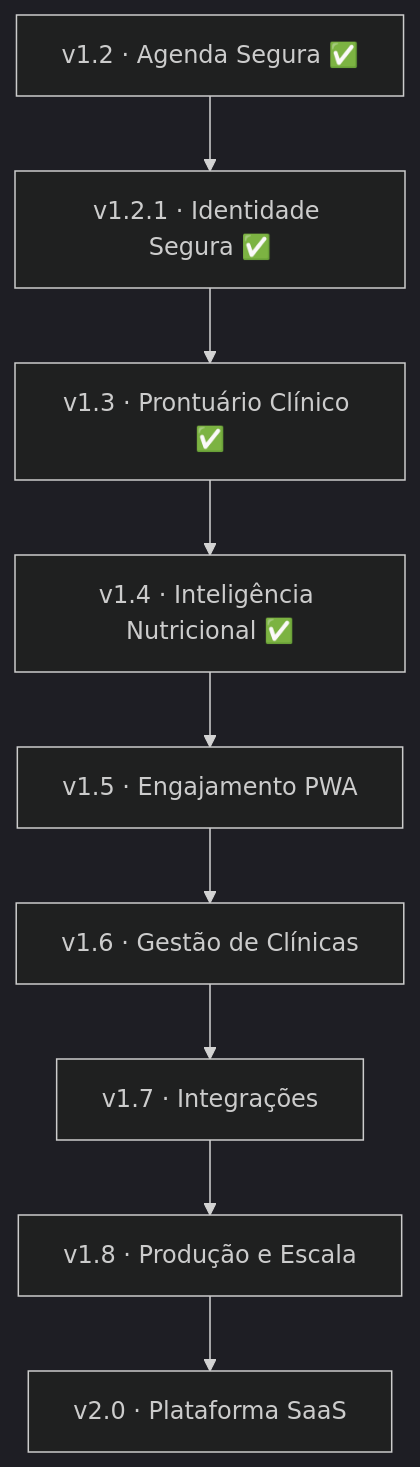
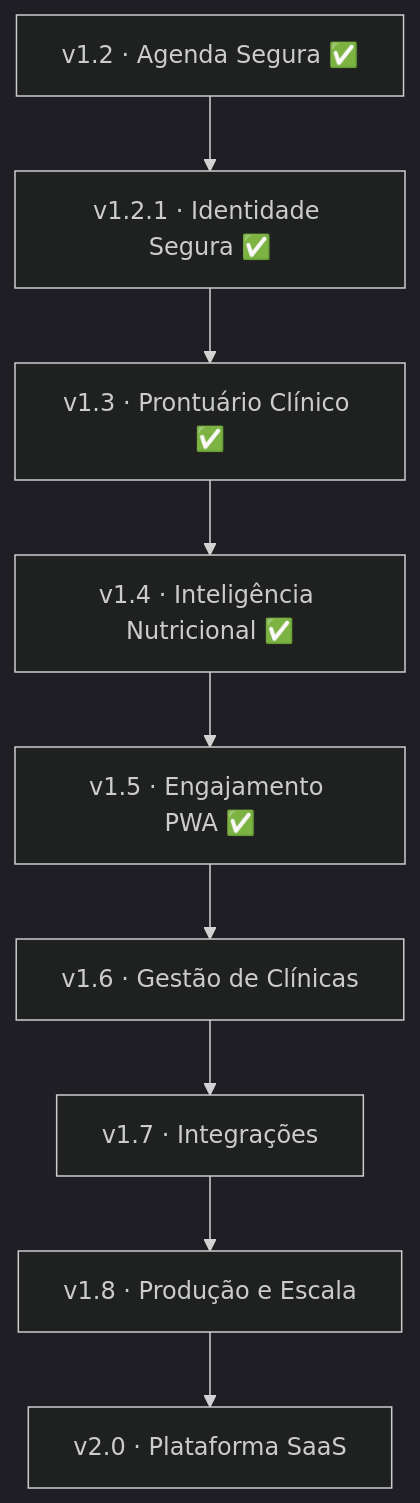
The diagram in ROADMAP.md (ricardogomesbarreto/Nexus-Nutra), drawn with Mermaid (dark theme) before and after one commit. The commit also changed other lines of this file and 23 other files, not shown here.

```diff
--- a/ROADMAP.md
+++ b/ROADMAP.md
@@ -51,11 +52,11 @@
 ~~~mermaid
 flowchart TD
     A["v1.2 · Agenda Segura ✅"] --> S["v1.2.1 · Identidade Segura ✅"]
     S --> B["v1.3 · Prontuário Clínico ✅"]
     B --> C["v1.4 · Inteligência Nutricional ✅"]
-    C --> D["v1.5 · Engajamento PWA"]
+    C --> D["v1.5 · Engajamento PWA ✅"]
     D --> E["v1.6 · Gestão de Clínicas"]
     E --> F["v1.7 · Integrações"]
     F --> G["v1.8 · Produção e Escala"]
     G --> H["v2.0 · Plataforma SaaS"]
 ~~~
```
